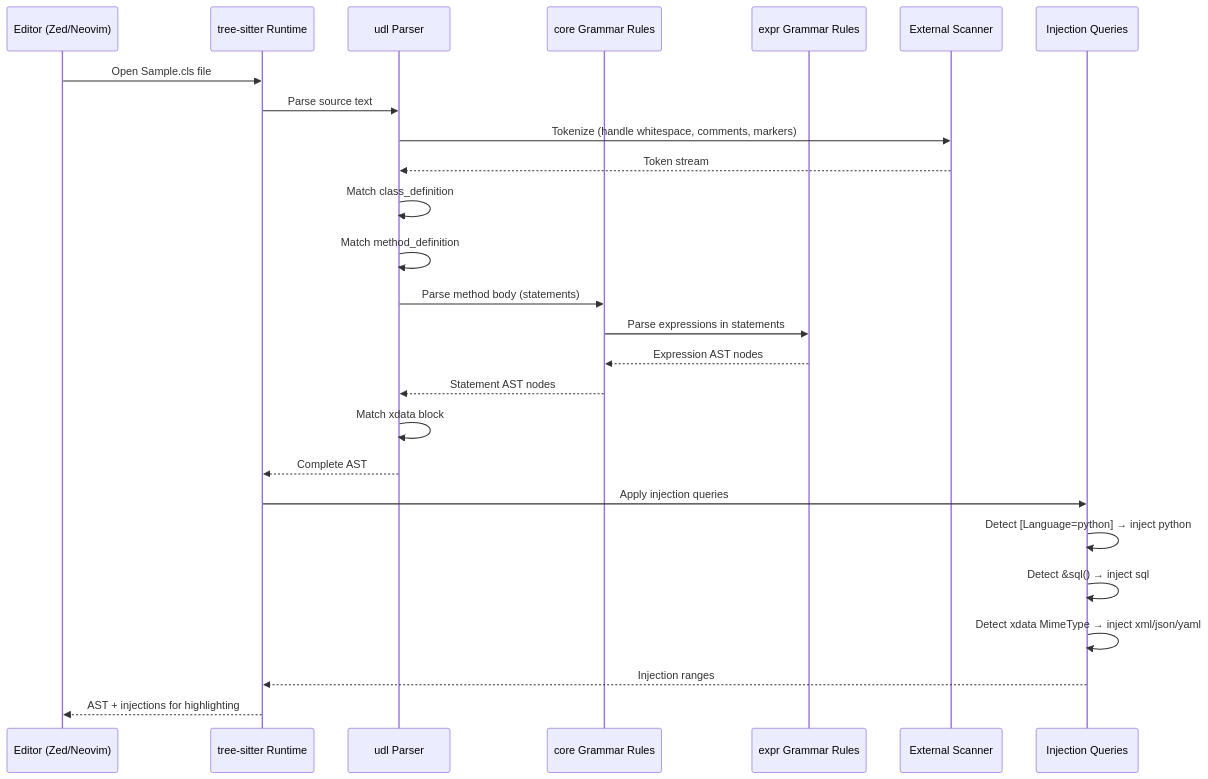
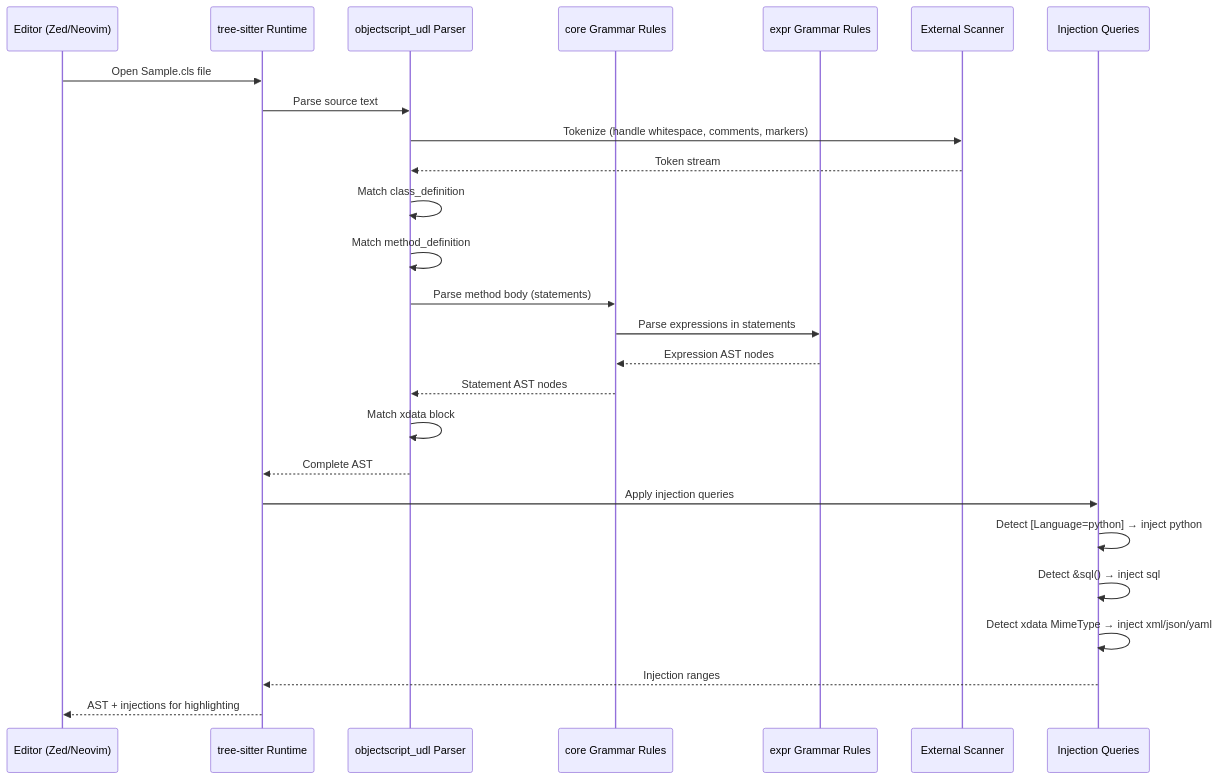
One commit to intersystems/tree-sitter-objectscript changed the seventh of 7 diagrams in docs/c4.md. Above: the diagram before and after it, drawn with Mermaid. The commit also changed other lines of this file and 12 other files, not shown here.

````diff
--- a/docs/c4.md
+++ b/docs/c4.md
@@ -219,33 +254,33 @@
 ```mermaid
 sequenceDiagram
     participant Editor as Editor (Zed/Neovim)
     participant TS as tree-sitter Runtime
-    participant UDL as udl Parser
+    participant UDL as objectscript_udl Parser
     participant Core as core Grammar Rules
     participant Expr as expr Grammar Rules
     participant Scanner as External Scanner
     participant Inject as Injection Queries
 
     Editor->>TS: Open Sample.cls file
     TS->>UDL: Parse source text
     UDL->>Scanner: Tokenize (handle whitespace, comments, markers)
     Scanner-->>UDL: Token stream
     
     UDL->>UDL: Match class_definition
     UDL->>UDL: Match method_definition
     UDL->>Core: Parse method body (statements)
     Core->>Expr: Parse expressions in statements
     Expr-->>Core: Expression AST nodes
     Core-->>UDL: Statement AST nodes
     
     UDL->>UDL: Match xdata block
     UDL-->>TS: Complete AST
     
     TS->>Inject: Apply injection queries
     Inject->>Inject: Detect [Language=python] → inject python
     Inject->>Inject: Detect &sql() → inject sql
     Inject->>Inject: Detect xdata MimeType → inject xml/json/yaml
     Inject-->>TS: Injection ranges
     
     TS-->>Editor: AST + injections for highlighting
 ```
````
